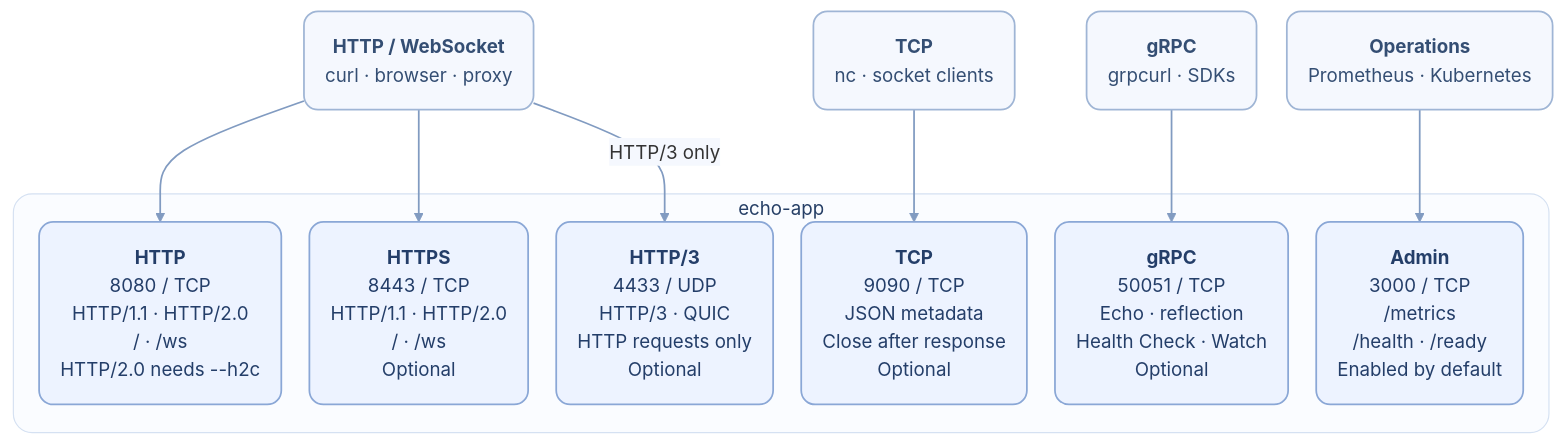
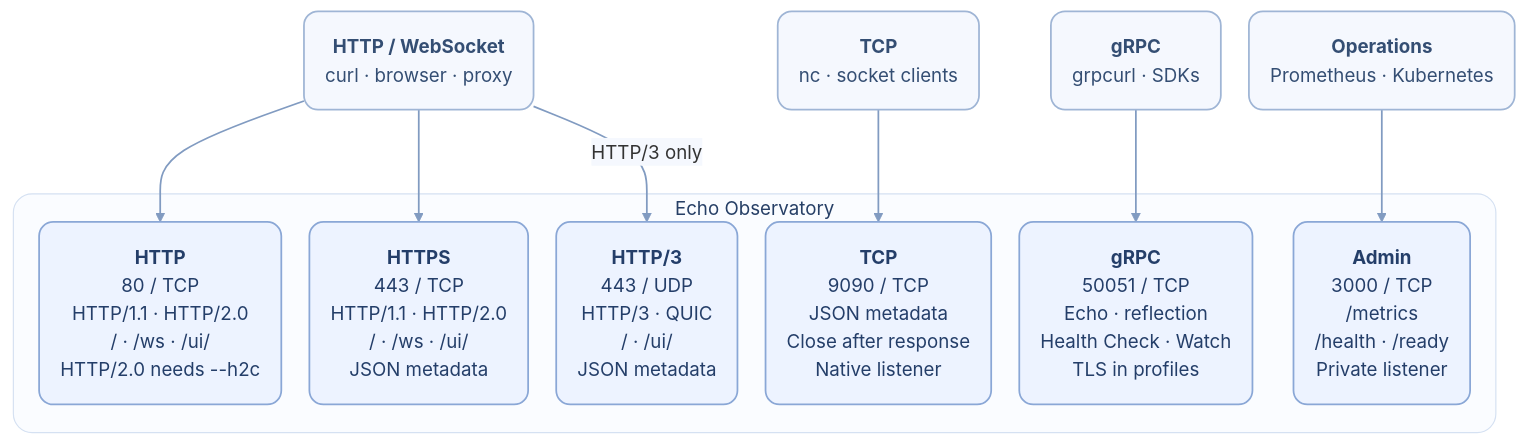
Before and after one commit to PhilipSchmid/echo-app: the diagram in README.md, drawn with Mermaid. The commit also changed other lines of this file and 9 other files, not shown here.

````diff
--- a/README.md
+++ b/README.md
@@ -11,34 +12,34 @@
 ```mermaid
 %%{init: {"themeVariables": {"fontFamily": "Arial", "edgeLabelBackground": "#f5f8fe"}, "flowchart": {"nodeSpacing": 24, "rankSpacing": 48, "padding": 18}}}%%
 flowchart TB
-    accTitle: echo-app connection map
-    accDescr: HTTP/1.1 and HTTP/2.0 clients use HTTP port 8080 or HTTPS port 8443. Plain HTTP/2.0 requires --h2c. WebSocket uses HTTP/1.1 on either port. HTTP/3 uses UDP 4433, TCP clients use 9090, gRPC clients use 50051, and Prometheus and Kubernetes probes use the admin listener on 3000.
+    accTitle: Echo Observatory connection map
+    accDescr: HTTP/1.1 and HTTP/2.0 clients use exposed HTTP port 80 or HTTPS port 443. Plain HTTP/2.0 requires --h2c. WebSocket uses HTTP/1.1 on either port, and the browser UI is available at /ui/. HTTP/3 uses UDP 443, TCP clients use 9090, gRPC clients use 50051, and Prometheus and Kubernetes probes use the admin listener on 3000.
 
     web("<b>HTTP / WebSocket</b><br/>curl · browser · proxy")
     socket("<b>TCP</b><br/>nc · socket clients")
     rpc("<b>gRPC</b><br/>grpcurl · SDKs")
     ops("<b>Operations</b><br/>Prometheus · Kubernetes")
 
-    subgraph app["echo-app"]
-        http("<b>HTTP</b><br/>8080 / TCP<br/>HTTP/1.1 · HTTP/2.0<br/>/ · /ws<br/>HTTP/2.0 needs --h2c")
-        https("<b>HTTPS</b><br/>8443 / TCP<br/>HTTP/1.1 · HTTP/2.0<br/>/ · /ws<br/>Optional")
-        quic("<b>HTTP/3</b><br/>4433 / UDP<br/>HTTP/3 · QUIC<br/>HTTP requests only<br/>Optional")
-        tcp("<b>TCP</b><br/>9090 / TCP<br/>JSON metadata<br/>Close after response<br/>Optional")
-        grpc("<b>gRPC</b><br/>50051 / TCP<br/>Echo · reflection<br/>Health Check · Watch<br/>Optional")
-        admin("<b>Admin</b><br/>3000 / TCP<br/>/metrics<br/>/health · /ready<br/>Enabled by default")
+    subgraph app["Echo Observatory"]
+        http("<b>HTTP</b><br/>80 / TCP<br/>HTTP/1.1 · HTTP/2.0<br/>/ · /ws · /ui/<br/>HTTP/2.0 needs --h2c")
+        https("<b>HTTPS</b><br/>443 / TCP<br/>HTTP/1.1 · HTTP/2.0<br/>/ · /ws · /ui/<br/>JSON metadata")
+        quic("<b>HTTP/3</b><br/>443 / UDP<br/>HTTP/3 · QUIC<br/>/ · /ui/<br/>JSON metadata")
+        tcp("<b>TCP</b><br/>9090 / TCP<br/>JSON metadata<br/>Close after response<br/>Native listener")
+        grpc("<b>gRPC</b><br/>50051 / TCP<br/>Echo · reflection<br/>Health Check · Watch<br/>TLS in profiles")
+        admin("<b>Admin</b><br/>3000 / TCP<br/>/metrics<br/>/health · /ready<br/>Private listener")
     end
 
     web --> http
     web --> https
     web -->|"HTTP/3 only"| quic
     socket --> tcp
     rpc --> grpc
     ops --> admin
 
     classDef client fill:#f5f8fe,stroke:#9fb5d5,color:#344e73,stroke-width:1.5px,rx:12px,ry:12px;
     classDef listener fill:#edf3ff,stroke:#8aa7d6,color:#243e69,stroke-width:1.5px,rx:12px,ry:12px;
     class web,socket,rpc,ops client;
     class http,https,quic,tcp,grpc,admin listener;
     style app fill:#fafcff,stroke:#d5e1f2,color:#263f66,stroke-width:1px,rx:16px,ry:16px;
     linkStyle default stroke:#819bc1,stroke-width:1.5px;
 ```
````
